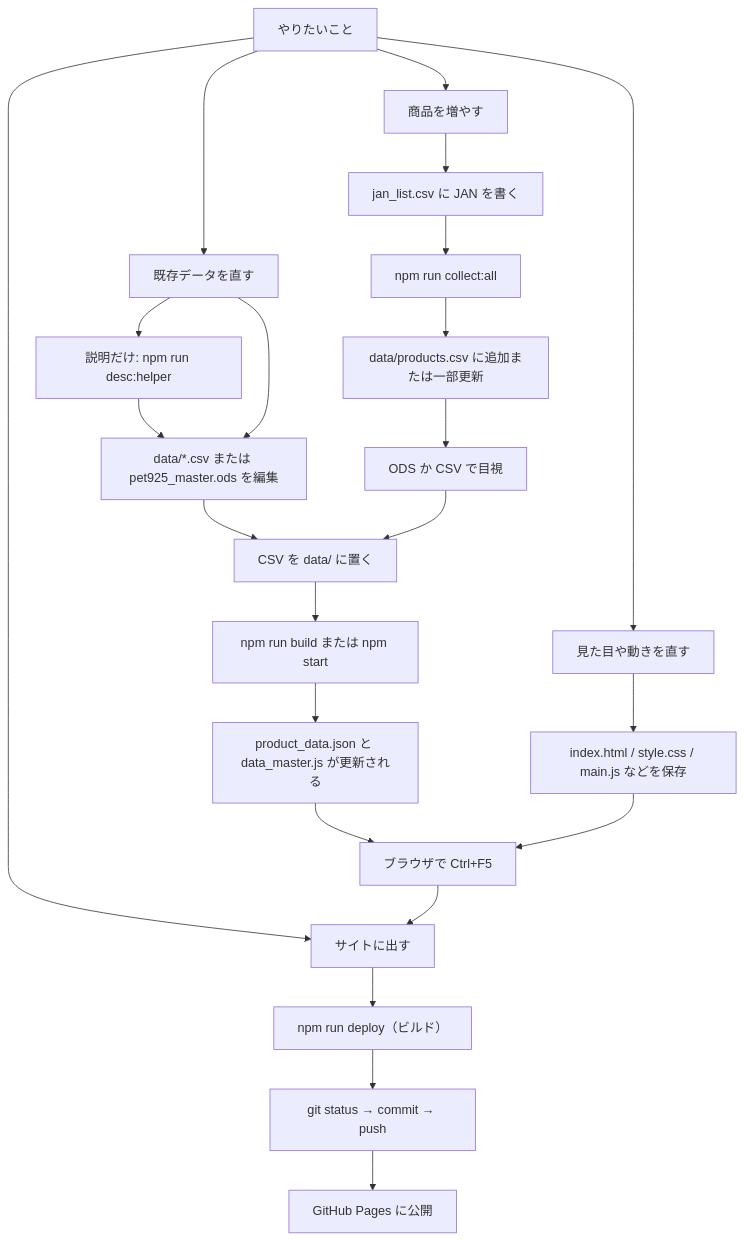
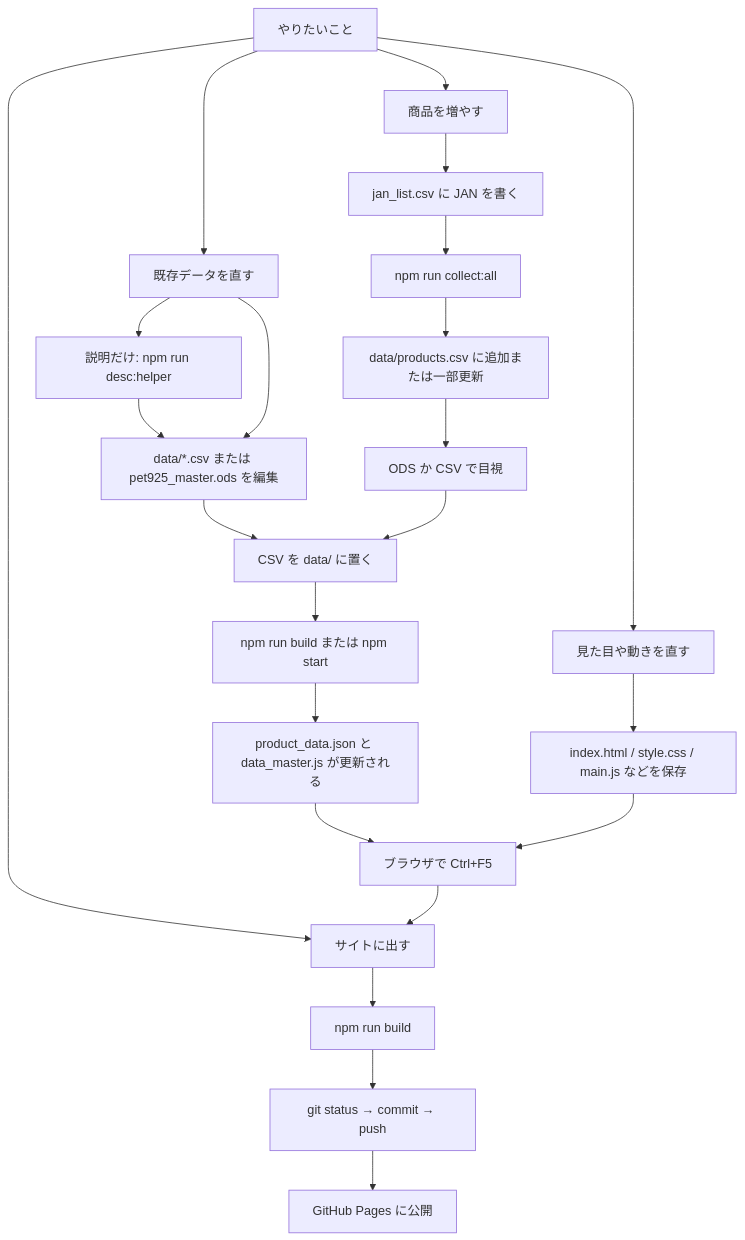
The diagram in docs/MANUAL.md (kyuni-f/pet925), drawn with Mermaid before and after one commit. The commit also changed other lines of this file and 9 other files, not shown here.

````diff
--- a/docs/MANUAL.md
+++ b/docs/MANUAL.md
@@ -11,30 +11,30 @@
 ```mermaid
 flowchart TD
   start[やりたいこと] --> add[商品を増やす]
   start --> fix[既存データを直す]
   start --> code[見た目や動きを直す]
   start --> pub[サイトに出す]
 
   add --> jan["jan_list.csv に JAN を書く"]
   jan --> collect["npm run collect:all"]
   collect --> csv["data/products.csv に追加または一部更新"]
   csv --> review[ODS か CSV で目視]
 
   fix --> descRewrite["説明だけ: npm run desc:helper"]
   descRewrite --> edit["data/*.csv または pet925_master.ods を編集"]
   fix --> edit
   edit --> export[CSV を data/ に置く]
   review --> export
 
   export --> build["npm run build または npm start"]
   build --> json["product_data.json と data_master.js が更新される"]
   json --> preview["ブラウザで Ctrl+F5"]
 
   code --> files["index.html / style.css / main.js などを保存"]
   files --> preview
 
   preview --> pub
-  pub --> deploy["npm run deploy（ビルド）"]
-  deploy --> git["git status → commit → push"]
+  pub --> buildPub["npm run build"]
+  buildPub --> git["git status → commit → push"]
   git --> live[GitHub Pages に公開]
 ```
````
